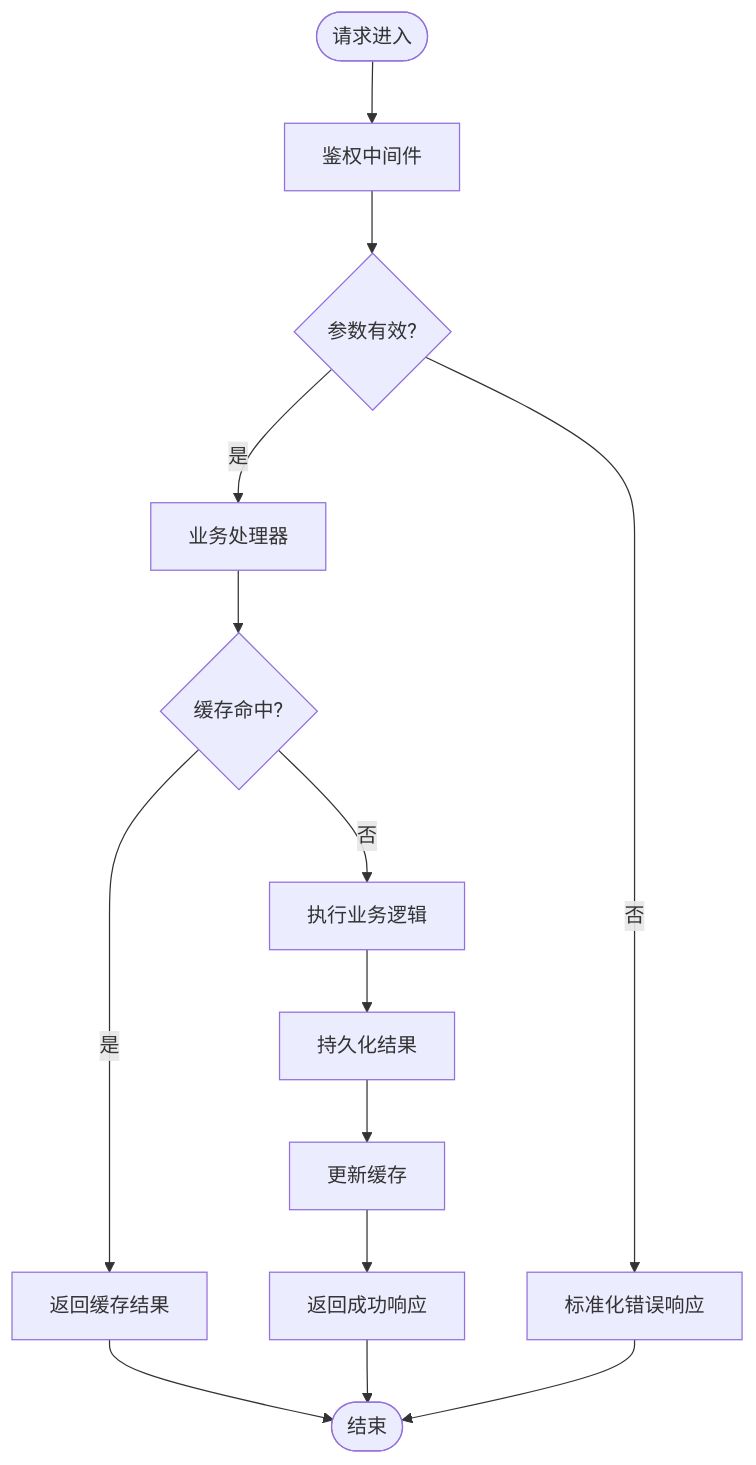
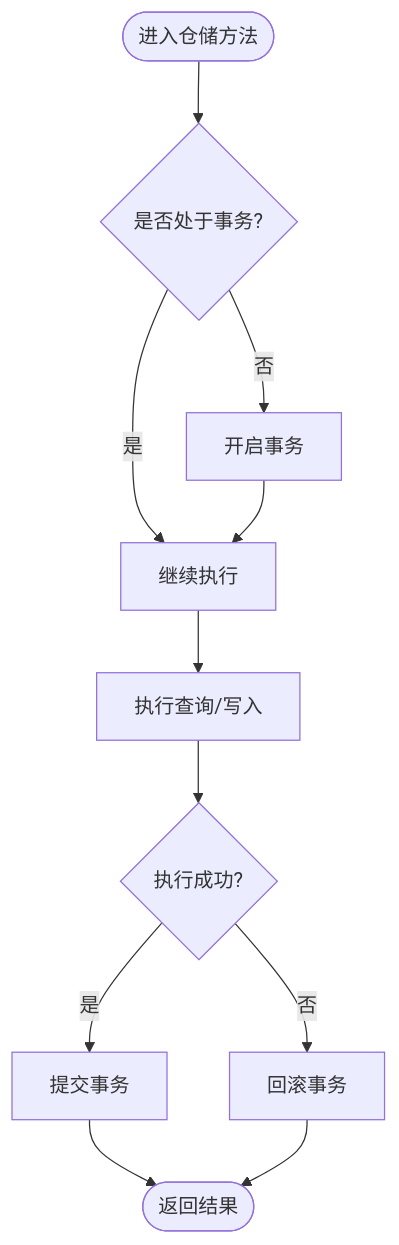
One commit to scottcwy/PurpleInk changed the fourth of 6 diagrams in .qoder/repowiki/zh/content/后端架构/后端架构.md. Above: the diagram before and after it, drawn with Mermaid. The commit also changed other lines of this file and 872 other files, not shown here.

````diff
--- a/.qoder/repowiki/zh/content/后端架构/后端架构.md
+++ b/.qoder/repowiki/zh/content/后端架构/后端架构.md
@@ -144,16 +205,13 @@
 ```mermaid
 flowchart TD
-Start(["请求进入"]) --> Auth["鉴权中间件"]
-Auth --> Valid{"参数有效?"}
-Valid --> |否| Err["标准化错误响应"]
-Valid --> |是| Handler["业务处理器"]
-Handler --> CacheCheck{"缓存命中?"}
-CacheCheck --> |是| ReturnCache["返回缓存结果"]
-CacheCheck --> |否| Exec["执行业务逻辑"]
-Exec --> Persist["持久化结果"]
-Persist --> UpdateCache["更新缓存"]
-UpdateCache --> ReturnOK["返回成功响应"]
-ReturnCache --> End(["结束"])
-ReturnOK --> End
-Err --> End
+Start(["进入仓储方法"]) --> CheckTx{"是否处于事务?"}
+CheckTx --> |否| BeginTx["开启事务"]
+CheckTx --> |是| Proceed["继续执行"]
+BeginTx --> Proceed
+Proceed --> Query["执行查询/写入"]
+Query --> Success{"执行成功?"}
+Success --> |是| Commit["提交事务"]
+Success --> |否| Rollback["回滚事务"]
+Commit --> End(["返回结果"])
+Rollback --> End
 ```
````
